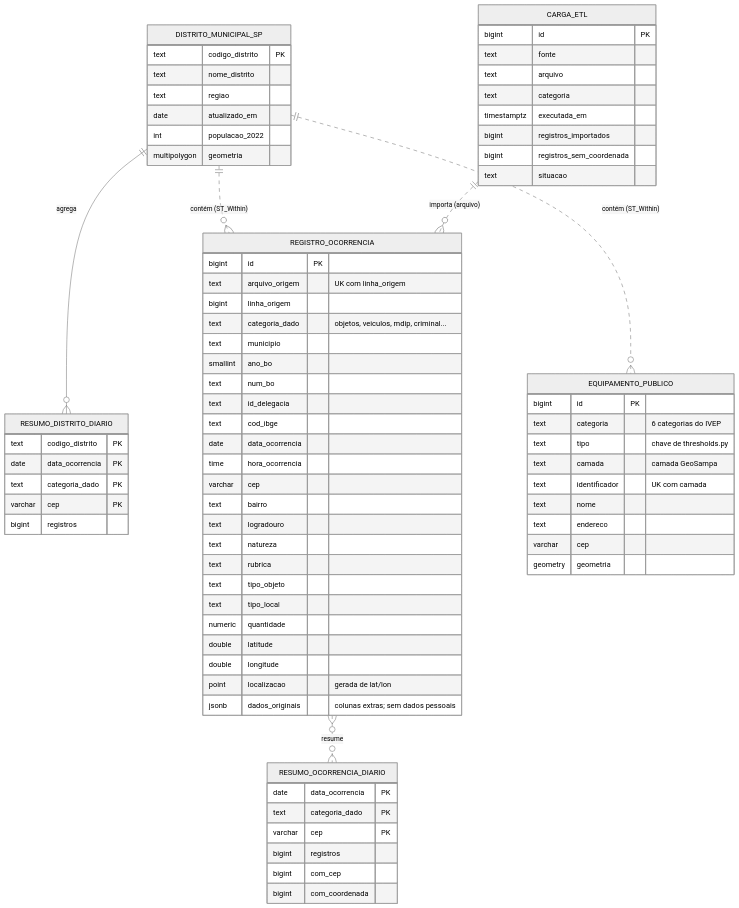
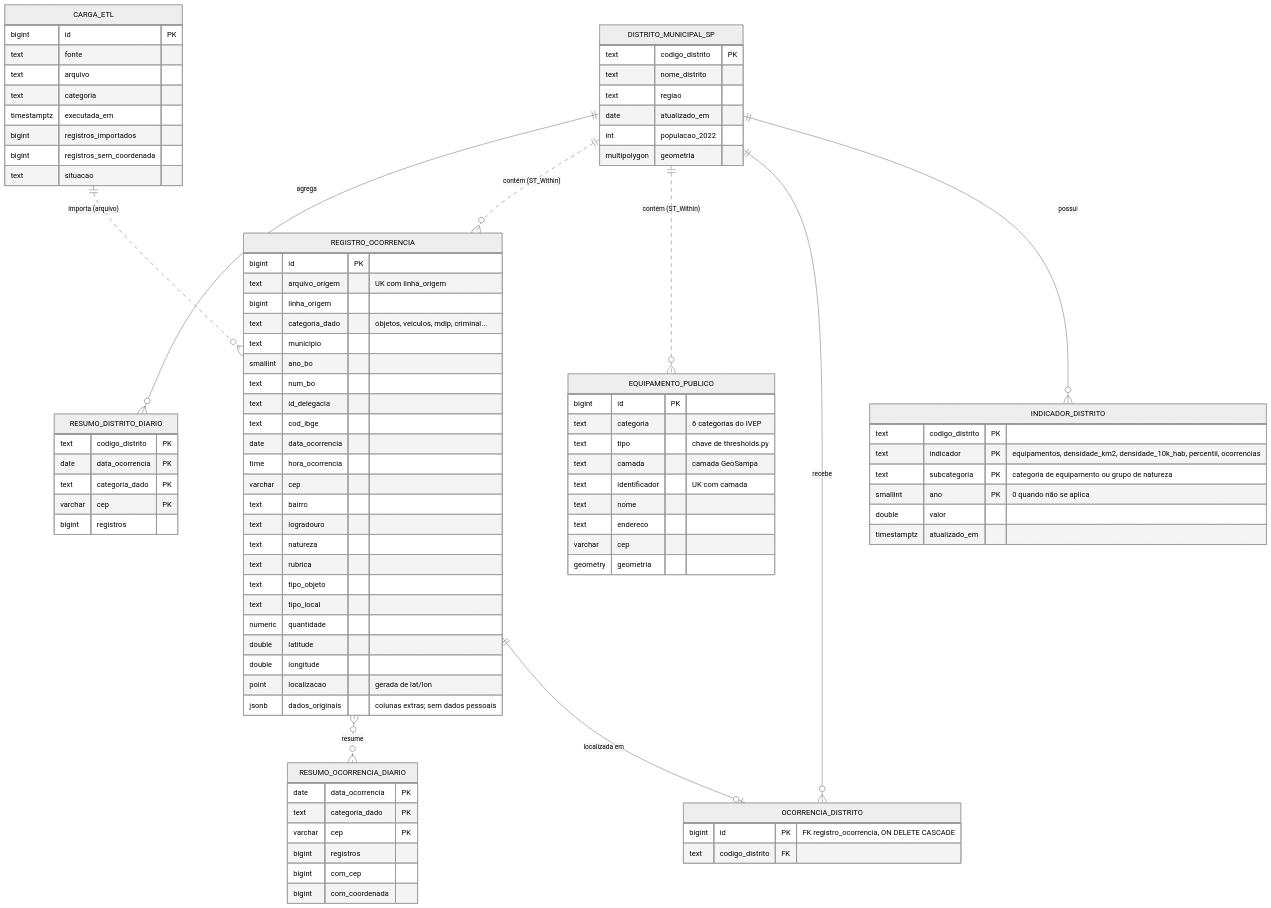
The diagram in database/modelo_er.mmd (DanielaMunizSouza/pi2-indicadores-seguranca-publica), drawn with Mermaid before and after one commit. The commit also changed 4 other files, not shown here.

```diff
--- a/database/modelo_er.mmd
+++ b/database/modelo_er.mmd
@@ -1,78 +1,93 @@
 %% Modelo de dados implementado (database/schema.sql). Renderizar: mmdc -i modelo_er.mmd -o modelo_er.png
 %%{init: {'theme':'neutral'}}%%
 erDiagram
     DISTRITO_MUNICIPAL_SP ||--o{ RESUMO_DISTRITO_DIARIO : "agrega"
     DISTRITO_MUNICIPAL_SP ||..o{ REGISTRO_OCORRENCIA : "contém (ST_Within)"
     DISTRITO_MUNICIPAL_SP ||..o{ EQUIPAMENTO_PUBLICO : "contém (ST_Within)"
     CARGA_ETL ||..o{ REGISTRO_OCORRENCIA : "importa (arquivo)"
     REGISTRO_OCORRENCIA }o..o{ RESUMO_OCORRENCIA_DIARIO : "resume"
+    REGISTRO_OCORRENCIA ||--o| OCORRENCIA_DISTRITO : "localizada em"
+    DISTRITO_MUNICIPAL_SP ||--o{ OCORRENCIA_DISTRITO : "recebe"
+    DISTRITO_MUNICIPAL_SP ||--o{ INDICADOR_DISTRITO : "possui"
 
     DISTRITO_MUNICIPAL_SP {
         text codigo_distrito PK
         text nome_distrito
         text regiao
         date atualizado_em
         int populacao_2022
         multipolygon geometria
     }
     REGISTRO_OCORRENCIA {
         bigint id PK
         text arquivo_origem "UK com linha_origem"
         bigint linha_origem
         text categoria_dado "objetos, veiculos, mdip, criminal..."
         text municipio
         smallint ano_bo
         text num_bo
         text id_delegacia
         text cod_ibge
         date data_ocorrencia
         time hora_ocorrencia
         varchar cep
         text bairro
         text logradouro
         text natureza
         text rubrica
         text tipo_objeto
         text tipo_local
         numeric quantidade
         double latitude
         double longitude
         point localizacao "gerada de lat/lon"
         jsonb dados_originais "colunas extras; sem dados pessoais"
     }
     EQUIPAMENTO_PUBLICO {
         bigint id PK
         text categoria "6 categorias do IVEP"
         text tipo "chave de thresholds.py"
         text camada "camada GeoSampa"
         text identificador "UK com camada"
         text nome
         text endereco
         varchar cep
         geometry geometria
     }
     CARGA_ETL {
         bigint id PK
         text fonte
         text arquivo
         text categoria
         timestamptz executada_em
         bigint registros_importados
         bigint registros_sem_coordenada
         text situacao
     }
     RESUMO_DISTRITO_DIARIO {
         text codigo_distrito PK
         date data_ocorrencia PK
         text categoria_dado PK
         varchar cep PK
         bigint registros
     }
     RESUMO_OCORRENCIA_DIARIO {
         date data_ocorrencia PK
         text categoria_dado PK
         varchar cep PK
         bigint registros
         bigint com_cep
         bigint com_coordenada
     }
+    OCORRENCIA_DISTRITO {
+        bigint id PK "FK registro_ocorrencia, ON DELETE CASCADE"
+        text codigo_distrito FK
+    }
+    INDICADOR_DISTRITO {
+        text codigo_distrito PK
+        text indicador PK "equipamentos, densidade_km2, densidade_10k_hab, percentil, ocorrencias"
+        text subcategoria PK "categoria de equipamento ou grupo de natureza"
+        smallint ano PK "0 quando não se aplica"
+        double valor
+        timestamptz atualizado_em
+    }
```
